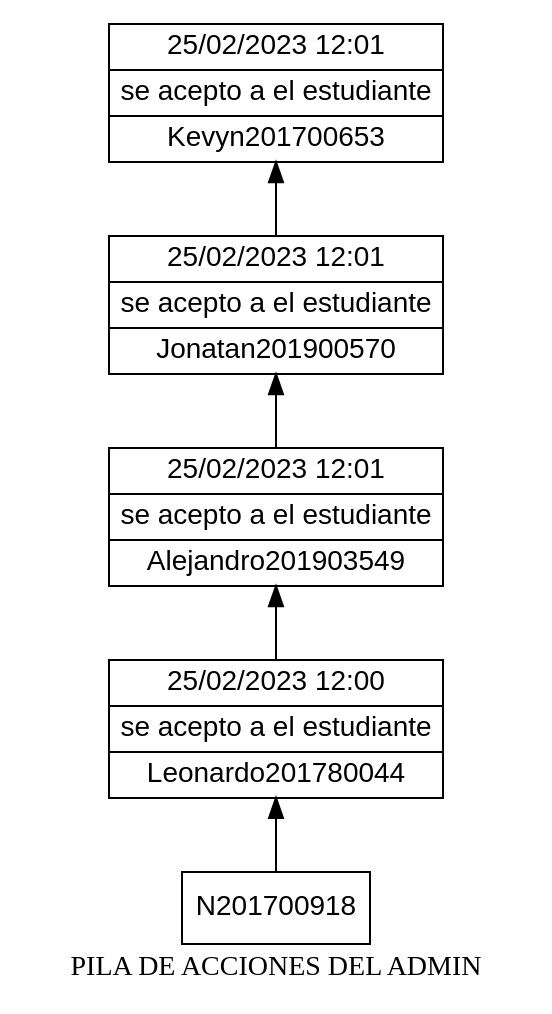
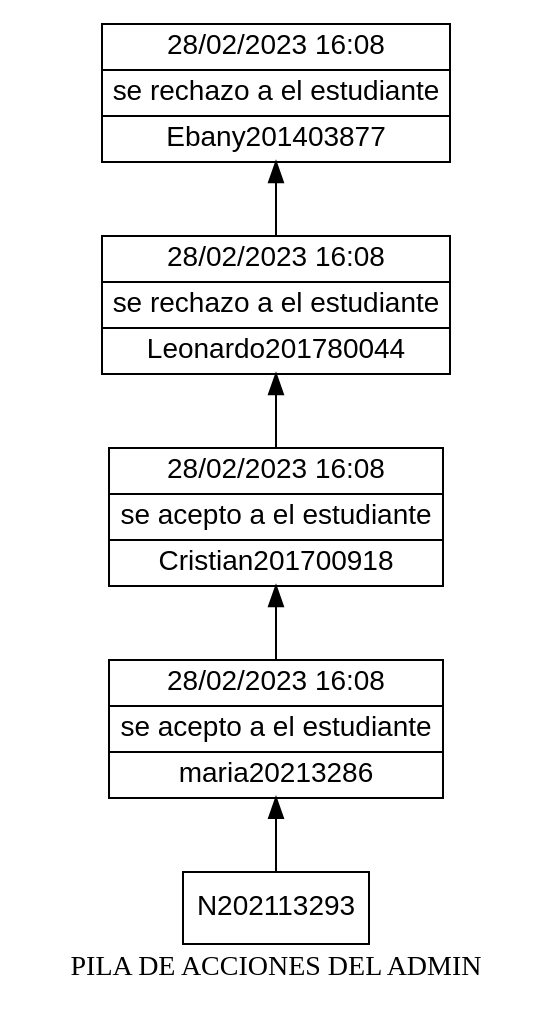
The diagram in EDD_Proyecto1_Fase1/pila.dot (Nahomi-Aparicio/EDD_1S2023_PY_202113293_F1), drawn with Graphviz before and after one commit. The commit also changed 8 other files, not shown here.

```diff
--- a/EDD_Proyecto1_Fase1/pila.dot
+++ b/EDD_Proyecto1_Fase1/pila.dot
@@ -1,14 +1,14 @@
 digraph G {
 rankdir=BT;
 node [shape=box];
 node [shape=record fontname=Arial]
 label = "PILA DE ACCIONES DEL ADMIN";
-N201700653[label="{25/02/2023      12:01     |se acepto a el estudiante|Kevyn201700653}"];
-N201900570->N201700653;
-N201900570[label="{25/02/2023      12:01     |se acepto a el estudiante|Jonatan201900570}"];
-N201903549->N201900570;
-N201903549[label="{25/02/2023      12:01     |se acepto a el estudiante|Alejandro201903549}"];
-N201780044->N201903549;
-N201780044[label="{25/02/2023      12:00     |se acepto a el estudiante|Leonardo201780044}"];
+N201403877[label="{28/02/2023      16:08     |se rechazo a el estudiante|Ebany201403877}"];
+N201780044->N201403877;
+N201780044[label="{28/02/2023      16:08     |se rechazo a el estudiante|Leonardo201780044}"];
 N201700918->N201780044;
+N201700918[label="{28/02/2023      16:08     |se acepto a el estudiante|Cristian201700918}"];
+N20213286->N201700918;
+N20213286[label="{28/02/2023      16:08     |se acepto a el estudiante|maria20213286}"];
+N202113293->N20213286;
 }
```
